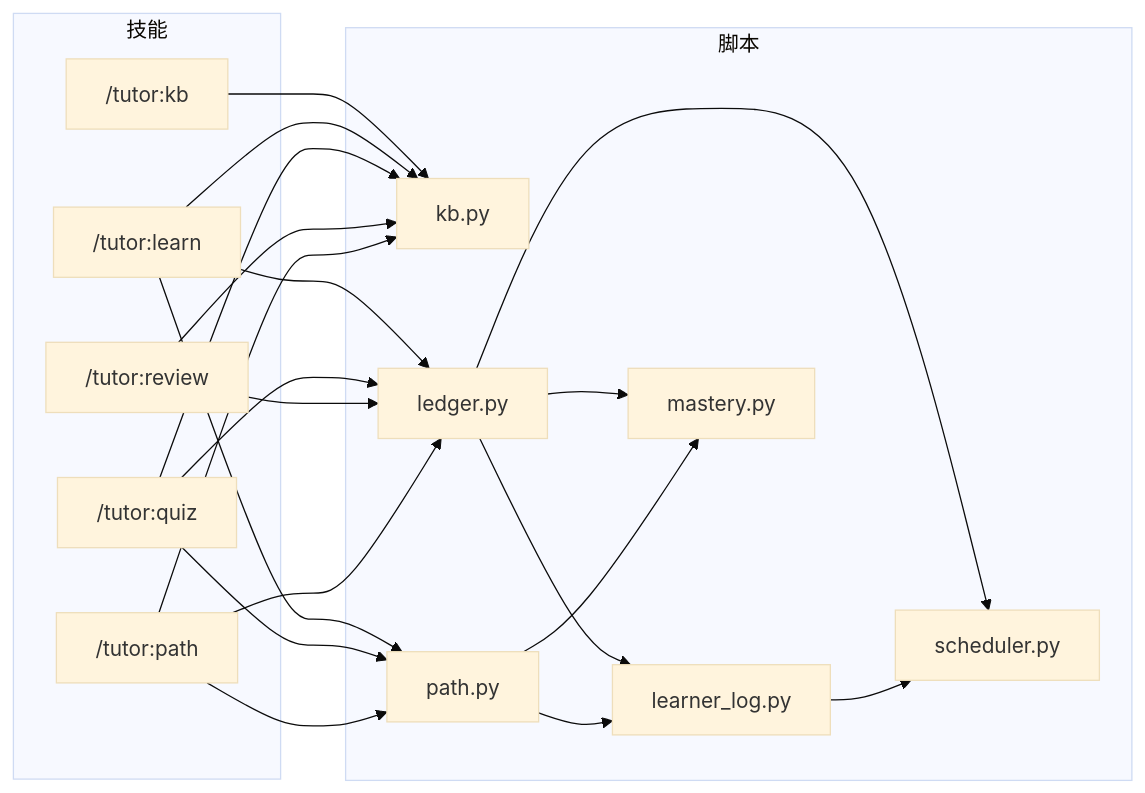
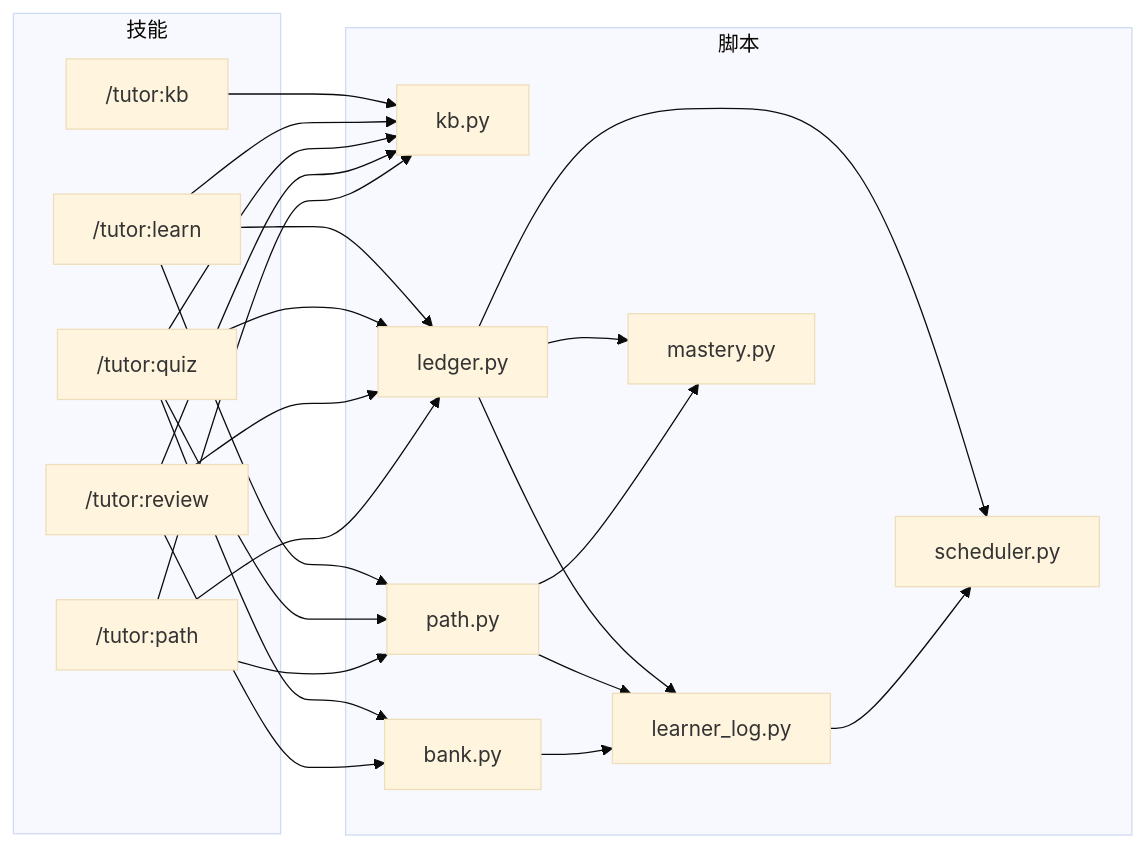
One commit to Huangyu-Shen/deep-tutor-with-claude-code changed the diagram in docs/code-wiki/04-dependencies.md. Above: the diagram before and after it, drawn with Mermaid (base theme). The commit also changed other lines of this file and 6 other files, not shown here.

````diff
--- a/docs/code-wiki/04-dependencies.md
+++ b/docs/code-wiki/04-dependencies.md
@@ -7,39 +7,43 @@
 ```mermaid
 graph LR
   subgraph Skills["技能"]
     SKB["/tutor:kb"]
     SL["/tutor:learn"]
     SQ["/tutor:quiz"]
     SR["/tutor:review"]
     SP["/tutor:path"]
   end
 
   subgraph Scripts["脚本"]
     KBPY["kb.py"]
     LEDGER["ledger.py"]
     PATHPY["path.py"]
+    BANK["bank.py"]
     LOG["learner_log.py"]
     MAST["mastery.py"]
     SCH["scheduler.py"]
   end
 
   SKB --> KBPY
   SL --> KBPY
   SL --> LEDGER
   SL --> PATHPY
   SQ --> KBPY
   SQ --> LEDGER
   SQ --> PATHPY
+  SQ --> BANK
   SR --> KBPY
   SR --> LEDGER
+  SR --> BANK
   SP --> PATHPY
   SP --> KBPY
   SP --> LEDGER
 
   LEDGER --> LOG
   LEDGER --> MAST
   LEDGER --> SCH
   PATHPY --> LOG
   PATHPY --> MAST
+  BANK --> LOG
   LOG --> SCH
 ```
````
